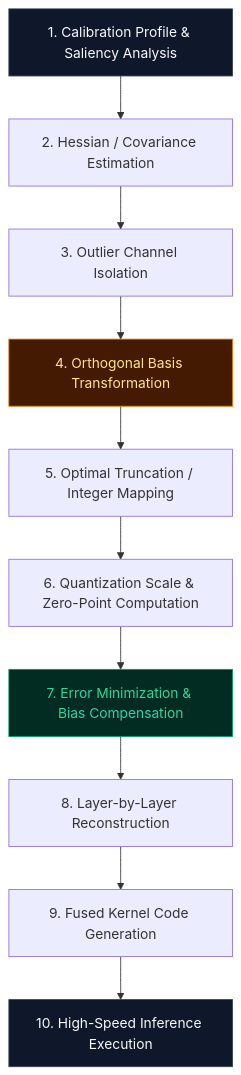
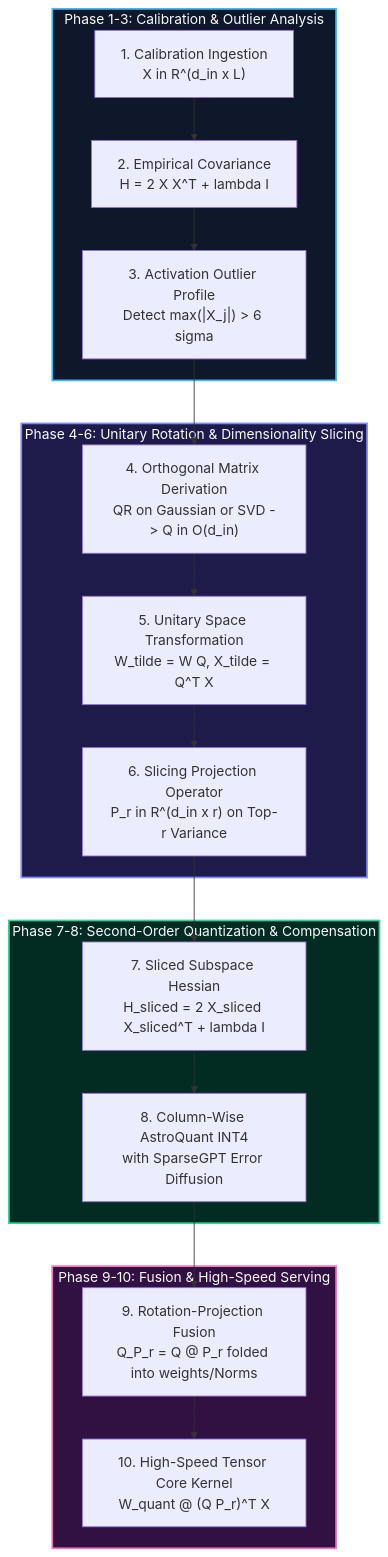
The second of 2 diagrams in Docs/content/compressions_blog/rotational_slicegpt_int4_blog.md (tahamajs/NeuralOps), drawn with Mermaid before and after one commit. The commit also changed other lines of this file and 19 other files, not shown here.

````diff
--- a/Docs/content/compressions_blog/rotational_slicegpt_int4_blog.md
+++ b/Docs/content/compressions_blog/rotational_slicegpt_int4_blog.md
@@ -75,17 +113,28 @@
 ```mermaid
-graph TD
-    Step1["1. Calibration Profile & Saliency Analysis"] --> Step2["2. Hessian / Covariance Estimation"]
-    Step2 --> Step3["3. Outlier Channel Isolation"]
-    Step3 --> Step4["4. Orthogonal Basis Transformation"]
-    Step4 --> Step5["5. Optimal Truncation / Integer Mapping"]
-    Step5 --> Step6["6. Quantization Scale & Zero-Point Computation"]
-    Step6 --> Step7["7. Error Minimization & Bias Compensation"]
-    Step7 --> Step8["8. Layer-by-Layer Reconstruction"]
-    Step8 --> Step9["9. Fused Kernel Code Generation"]
-    Step9 --> Step10["10. High-Speed Inference Execution"]
+flowchart TD
+    subgraph Phase1_3["Phase 1-3: Calibration & Outlier Analysis"]
+        P1["1. Calibration Ingestion<br/>X in R^(d_in x L)"] --> P2["2. Empirical Covariance<br/>H = 2 X X^T + lambda I"]
+        P2 --> P3["3. Activation Outlier Profile<br/>Detect max(|X_j|) > 6 sigma"]
+    end
 
-    style Step1 fill:#0F172A,stroke:#334155,color:#F8FAFC
-    style Step4 fill:#451A03,stroke:#D97706,color:#FDE68A
-    style Step7 fill:#022C22,stroke:#059669,color:#34D399
-    style Step10 fill:#0F172A,stroke:#334155,color:#F8FAFC
+    subgraph Phase4_6["Phase 4-6: Unitary Rotation & Dimensionality Slicing"]
+        P3 --> P4["4. Orthogonal Matrix Derivation<br/>QR on Gaussian or SVD -> Q in O(d_in)"]
+        P4 --> P5["5. Unitary Space Transformation<br/>W_tilde = W Q, X_tilde = Q^T X"]
+        P5 --> P6["6. Slicing Projection Operator<br/>P_r in R^(d_in x r) on Top-r Variance"]
+    end
+
+    subgraph Phase7_8["Phase 7-8: Second-Order Quantization & Compensation"]
+        P6 --> P7["7. Sliced Subspace Hessian<br/>H_sliced = 2 X_sliced X_sliced^T + lambda I"]
+        P7 --> P8["8. Column-Wise AstroQuant INT4<br/>with SparseGPT Error Diffusion"]
+    end
+
+    subgraph Phase9_10["Phase 9-10: Fusion & High-Speed Serving"]
+        P8 --> P9["9. Rotation-Projection Fusion<br/>Q_P_r = Q @ P_r folded into weights/Norms"]
+        P9 --> P10["10. High-Speed Tensor Core Kernel<br/>W_quant @ (Q P_r)^T X"]
+    end
+
+    style Phase1_3 fill:#0F172A,stroke:#38BDF8,stroke-width:2px,color:#F8FAFC
+    style Phase4_6 fill:#1E1B4B,stroke:#818CF8,stroke-width:2px,color:#F8FAFC
+    style Phase7_8 fill:#022C22,stroke:#34D399,stroke-width:2px,color:#F8FAFC
+    style Phase9_10 fill:#311042,stroke:#F472B6,stroke-width:2px,color:#F8FAFC
 ```
````
